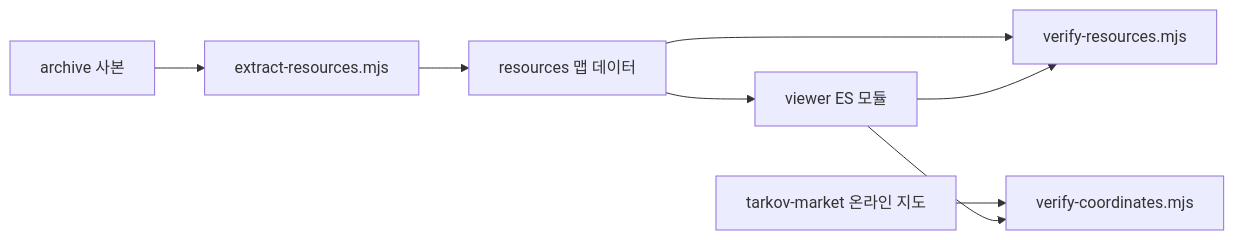
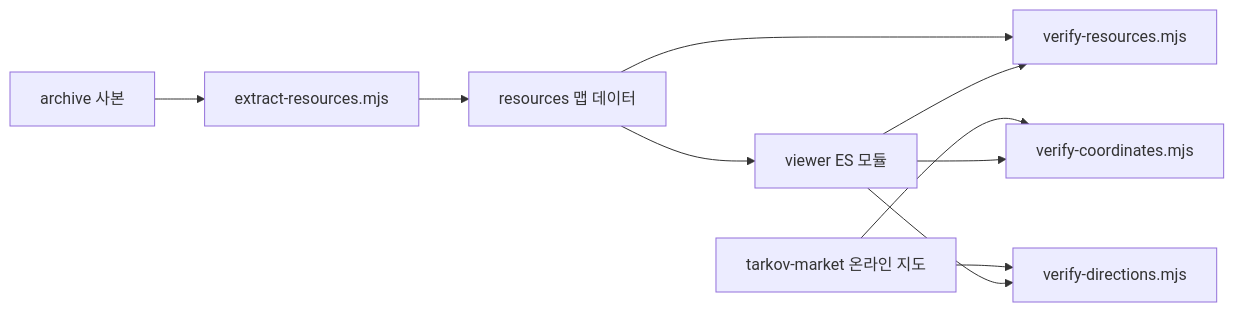
Before and after one commit to siakun/TanukiTarkovMap: the seventh of 9 diagrams in PROJECT.md, drawn with Mermaid. The commit also changed other lines of this file and 45 other files, not shown here.

````diff
--- a/PROJECT.md
+++ b/PROJECT.md
@@ -339,10 +339,12 @@
 ```mermaid
 flowchart LR
     ARCHIVE[archive 사본] --> EXTRACT[extract-resources.mjs]
     EXTRACT --> RESOURCES[resources 맵 데이터]
     RESOURCES --> VIEWER[viewer ES 모듈]
     RESOURCES --> VERIFY[verify-resources.mjs]
     VIEWER --> VERIFY
     ONLINE[tarkov-market 온라인 지도] --> COORDS[verify-coordinates.mjs]
     VIEWER --> COORDS
+    ONLINE --> DIRECTIONS[verify-directions.mjs]
+    VIEWER --> DIRECTIONS
 ```
````
